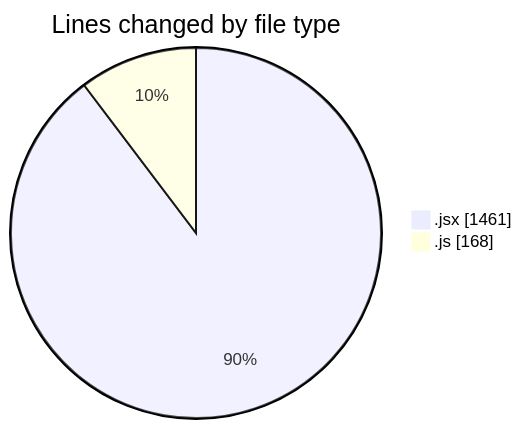
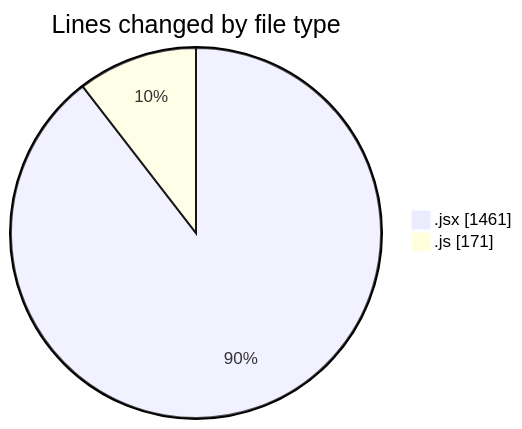
One commit to nxtqubesakshisongat/code-tracking changed the first of 2 diagrams in 2025-07-09/argos/README.md. Above: the diagram before and after it, drawn with Mermaid. The commit also changed other lines of this file and 1 other file, not shown here.

````diff
--- a/2025-07-09/argos/README.md
+++ b/2025-07-09/argos/README.md
@@ -22,6 +22,6 @@
 ```mermaid
 pie showData
 title Lines changed by file type
 ".jsx" : 1461
-".js" : 168
+".js" : 171
 ```
````
